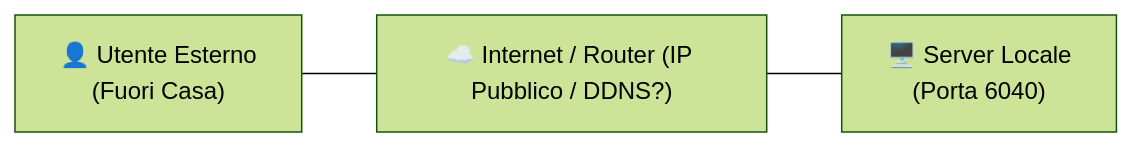
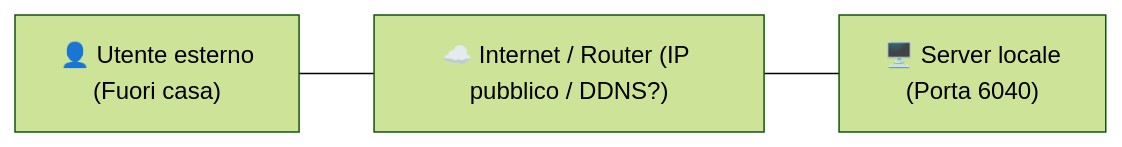
The first of 5 diagrams in mkdocs_src/docs/admin/service_exposure.it.md (Librefolio/LibreFolio), drawn with Mermaid (forest theme) before and after one commit. The commit also changed other lines of this file and 430 other files, not shown here.

````diff
--- a/mkdocs_src/docs/admin/service_exposure.it.md
+++ b/mkdocs_src/docs/admin/service_exposure.it.md
@@ -23,5 +30,5 @@
 ```mermaid
 graph LR
- User["👤 Utente Esterno<br>(Fuori Casa)"] --- Cloud["☁️ Internet / Router (IP Pubblico / DDNS?)"]
- Cloud --- Server["🖥️ Server Locale<br>(Porta 6040)"]
+    User["👤 Utente esterno<br>(Fuori casa)"] --- Cloud["☁️ Internet / Router (IP pubblico / DDNS?)"]
+    Cloud --- Server["🖥️ Server locale<br>(Porta 6040)"]
 ```
````
